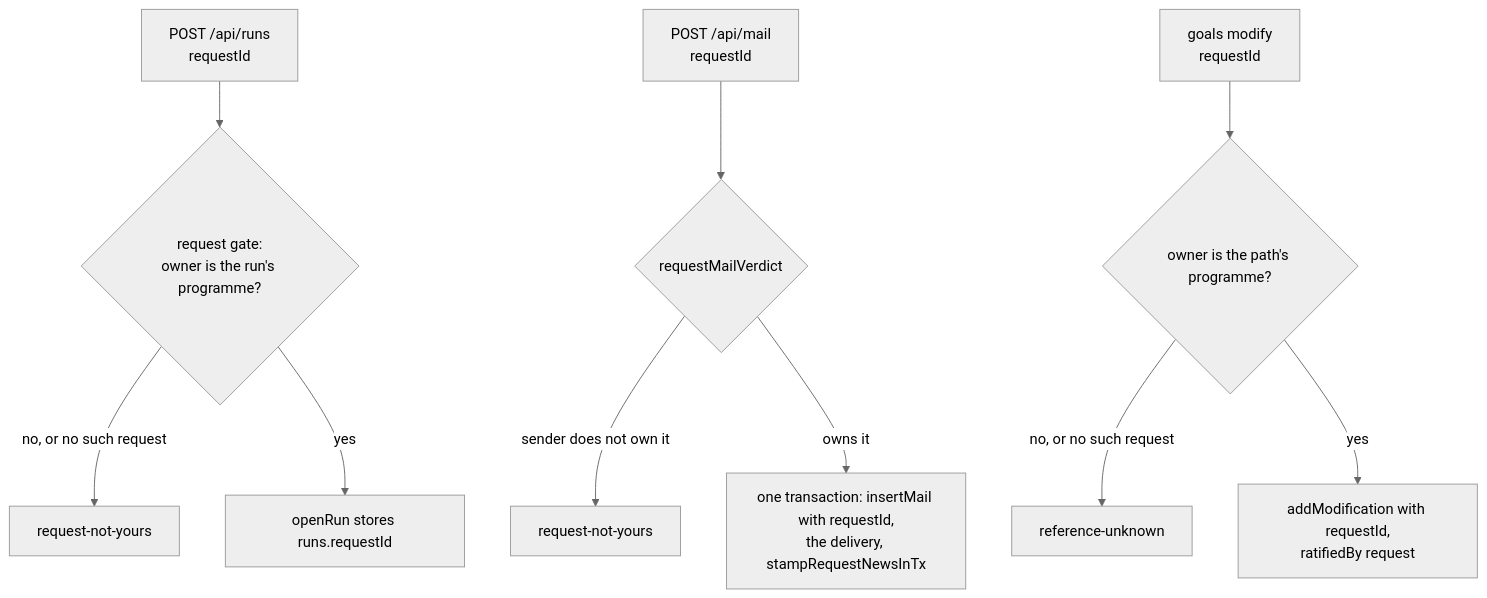
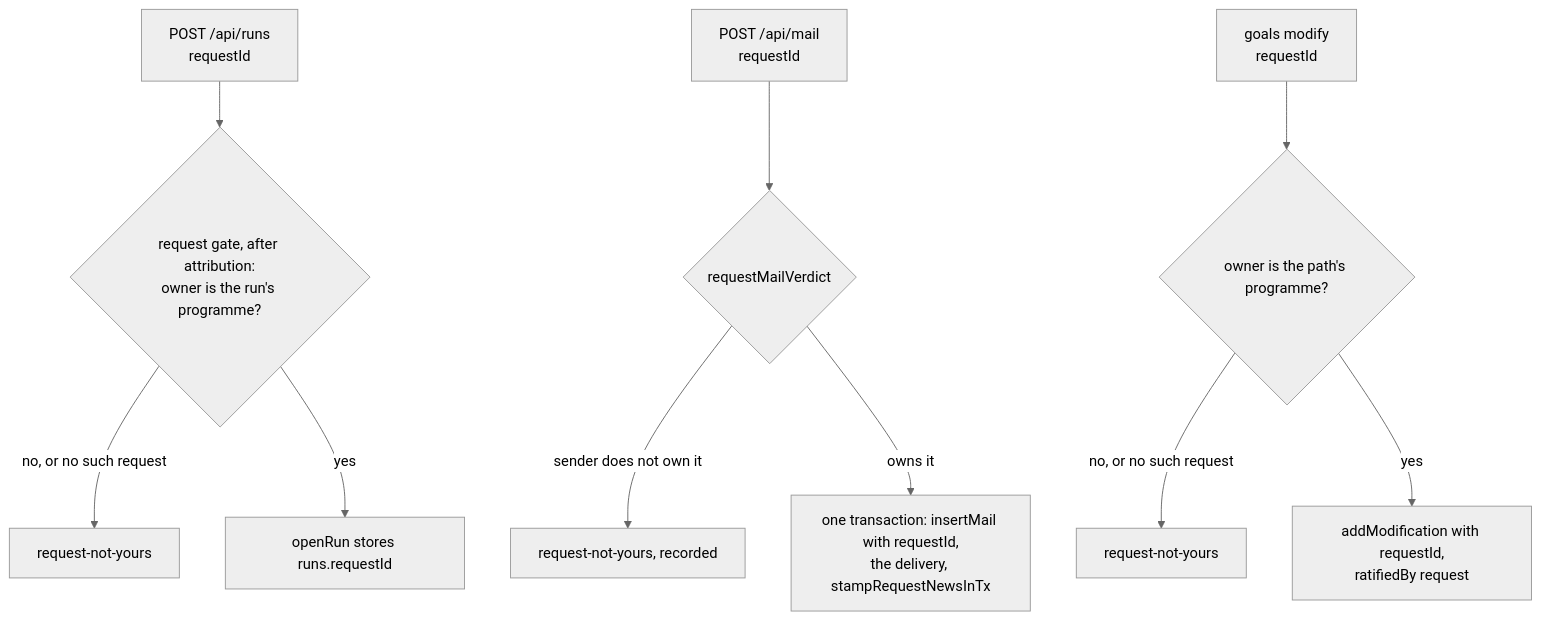
Before and after one commit to Synapsium-Labs/ccrc-pwa: the first of 4 diagrams in docs/superpowers/plans/2026-11-16-overlord-w2/w2-request-ids.md, drawn with Mermaid (neutral theme). The commit also changed other lines of this file and 1 other file, not shown here.

````diff
--- a/docs/superpowers/plans/2026-11-16-overlord-w2/w2-request-ids.md
+++ b/docs/superpowers/plans/2026-11-16-overlord-w2/w2-request-ids.md
@@ -254,12 +332,12 @@
 ```mermaid
 flowchart TD
-  R["POST /api/runs<br/>requestId"] --> RG{"request gate:<br/>owner is the run's programme?"}
+  R["POST /api/runs<br/>requestId"] --> RG{"request gate, after attribution:<br/>owner is the run's programme?"}
   RG -->|"no, or no such request"| RN["request-not-yours"]
   RG -->|"yes"| RO["openRun stores runs.requestId"]
   M["POST /api/mail<br/>requestId"] --> MV{"requestMailVerdict"}
-  MV -->|"sender does not own it"| MN["request-not-yours"]
+  MV -->|"sender does not own it"| MN["request-not-yours, recorded"]
   MV -->|"owns it"| MT["one transaction: insertMail with requestId,<br/>the delivery, stampRequestNewsInTx"]
   G["goals modify<br/>requestId"] --> GV{"owner is the path's programme?"}
-  GV -->|"no, or no such request"| GU["reference-unknown"]
+  GV -->|"no, or no such request"| GU["request-not-yours"]
   GV -->|"yes"| GA["addModification with requestId,<br/>ratifiedBy request"]
 ```
````
